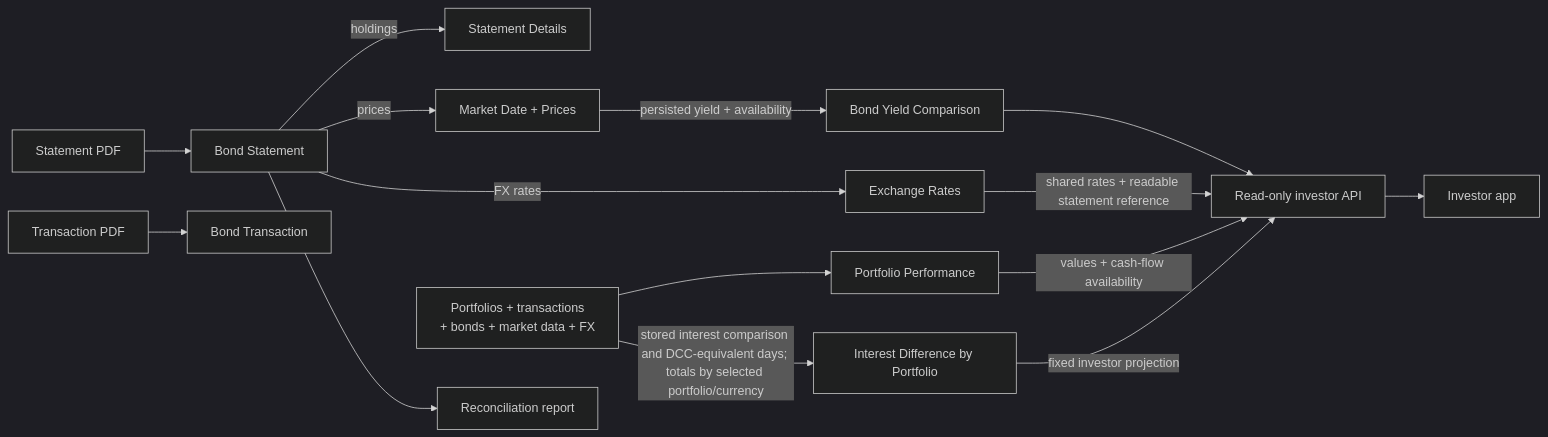
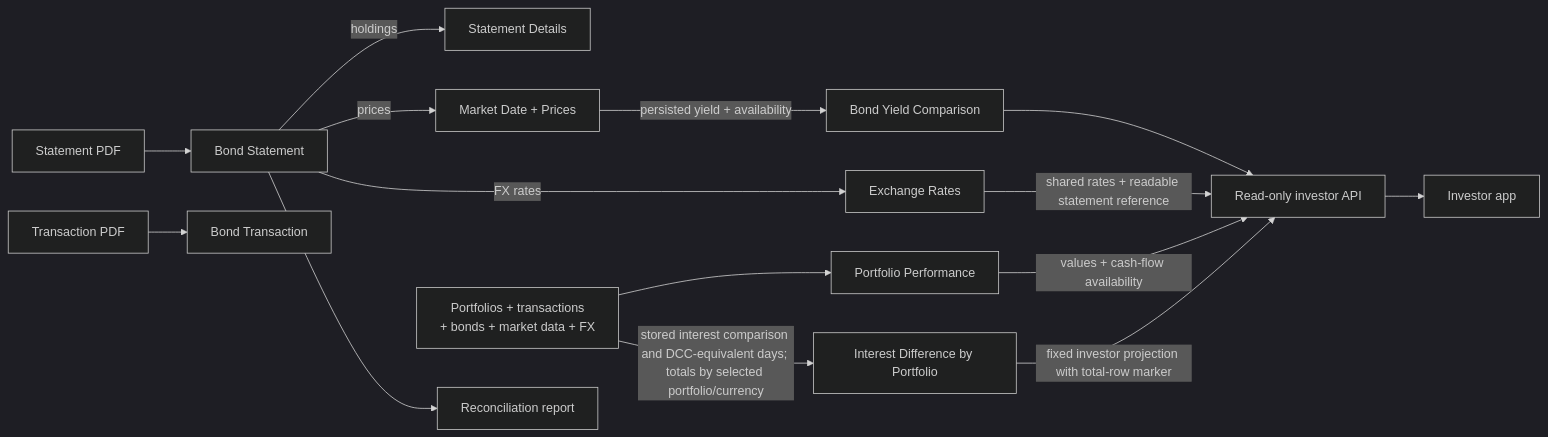
One commit to dee-pat/bond_management changed the second of 2 diagrams in docs/domain-model.md. Above: the diagram before and after it, drawn with Mermaid (dark theme). The commit also changed 10 other files, not shown here.

````diff
--- a/docs/domain-model.md
+++ b/docs/domain-model.md
@@ -62,26 +62,26 @@
 ```mermaid
 flowchart LR
     SPDF["Statement PDF"] --> BS["Bond Statement"]
     TPDF["Transaction PDF"] --> BT["Bond Transaction"]
 
     BS -->|"holdings"| BSD["Statement Details"]
     BS -->|"prices"| MARKET["Market Date + Prices"]
     BS -->|"FX rates"| FX["Exchange Rates"]
     BS --> REPORT["Reconciliation report"]
 
     DATA["Portfolios + transactions<br/>+ bonds + market data + FX"]
     PP["Portfolio Performance"]
     YIELD["Bond Yield Comparison"]
     INTEREST["Interest Difference by Portfolio"]
     API["Read-only investor API"]
     SPA["Investor app"]
 
     DATA --> PP
     MARKET -->|"persisted yield + availability"| YIELD
     DATA -->|"stored interest comparison and DCC-equivalent days; totals by selected portfolio/currency"| INTEREST
     PP -->|"values + cash-flow availability"| API
     YIELD --> API
-    INTEREST -->|"fixed investor projection"| API
+    INTEREST -->|"fixed investor projection with total-row marker"| API
     FX -->|"shared rates + readable statement reference"| API
     API --> SPA
 ```
````
